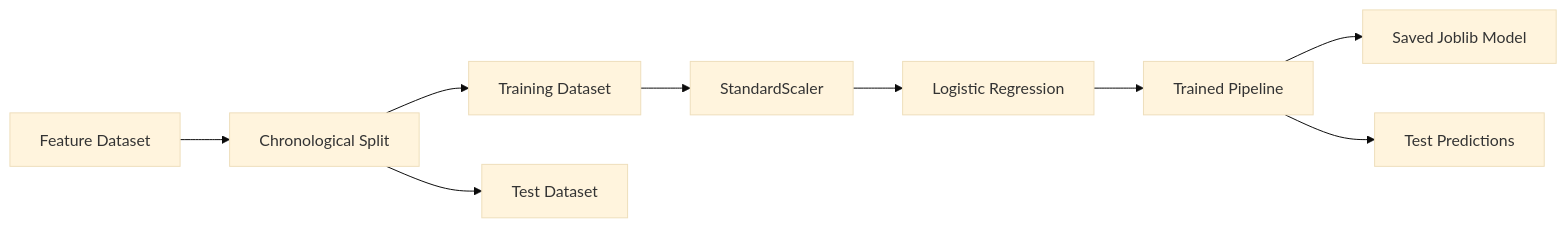
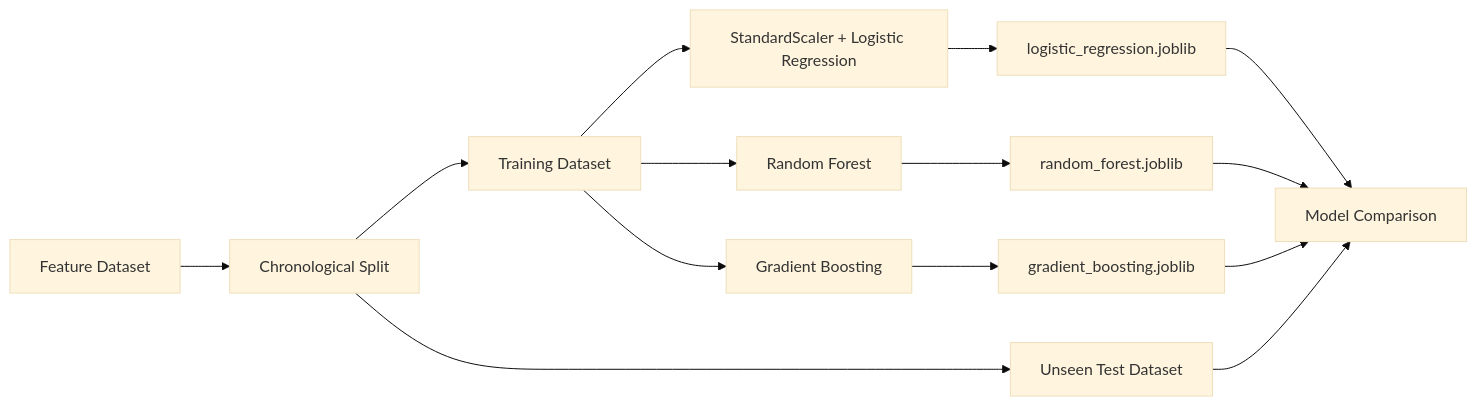
Before and after one commit to chauhanmuskan291980-wq/gold-price-direction-predictor: the sixth of 15 diagrams in docs/architecture.md, drawn with Mermaid (base theme). The commit also changed other lines of this file and 2 other files, not shown here.

Commit message:
docs: align documentation with three-model architecture and updated API

````diff
--- a/docs/architecture.md
+++ b/docs/architecture.md
@@ -361,13 +325,19 @@
 ```mermaid
 flowchart LR
     A[Feature Dataset] --> B[Chronological Split]
     B --> C[Training Dataset]
-    B --> D[Test Dataset]
+    B --> D[Unseen Test Dataset]
 
-    C --> E[StandardScaler]
-    E --> F[Logistic Regression]
-    F --> G[Trained Pipeline]
+    C --> E1[StandardScaler + Logistic Regression]
+    C --> E2[Random Forest]
+    C --> E3[Gradient Boosting]
 
-    G --> H[Saved Joblib Model]
-    G --> I[Test Predictions]
+    E1 --> F1[logistic_regression.joblib]
+    E2 --> F2[random_forest.joblib]
+    E3 --> F3[gradient_boosting.joblib]
+
+    F1 --> G[Model Comparison]
+    F2 --> G
+    F3 --> G
+    D --> G
 ```
````
